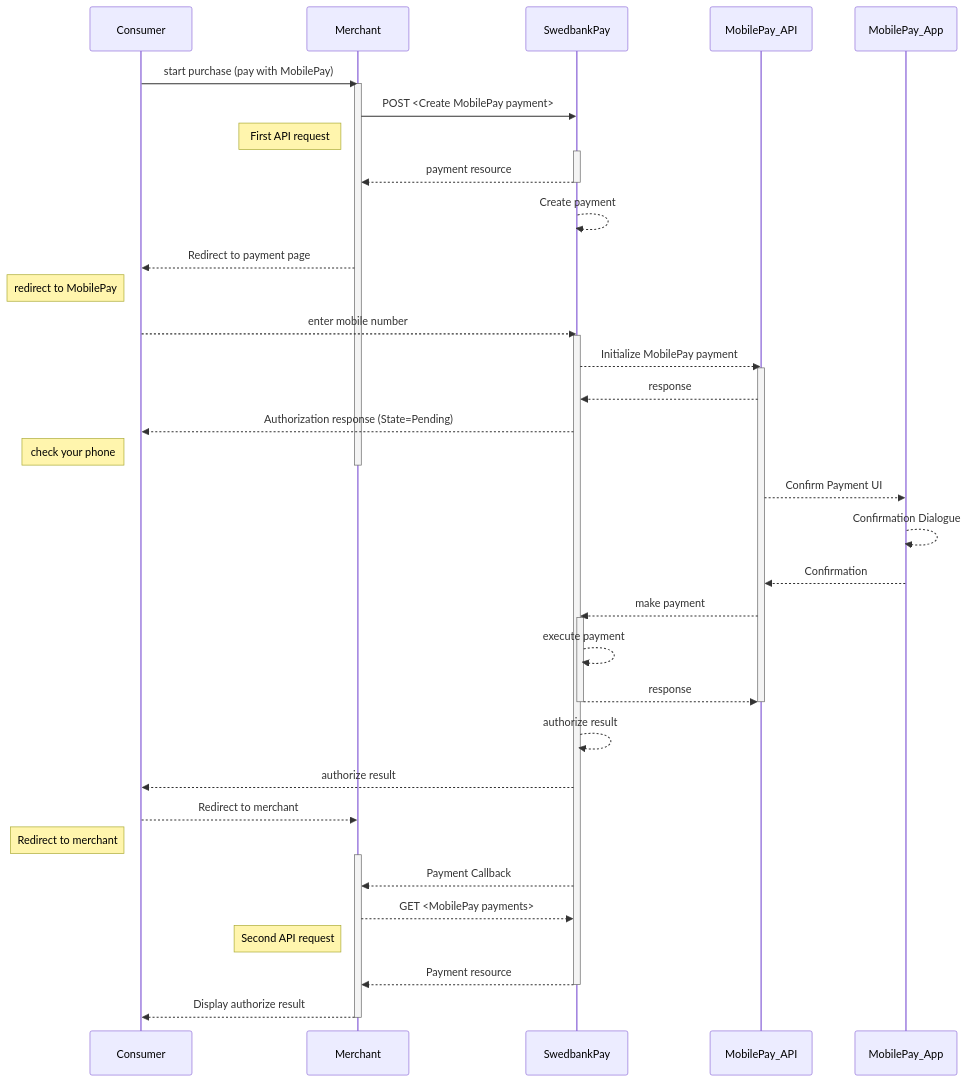
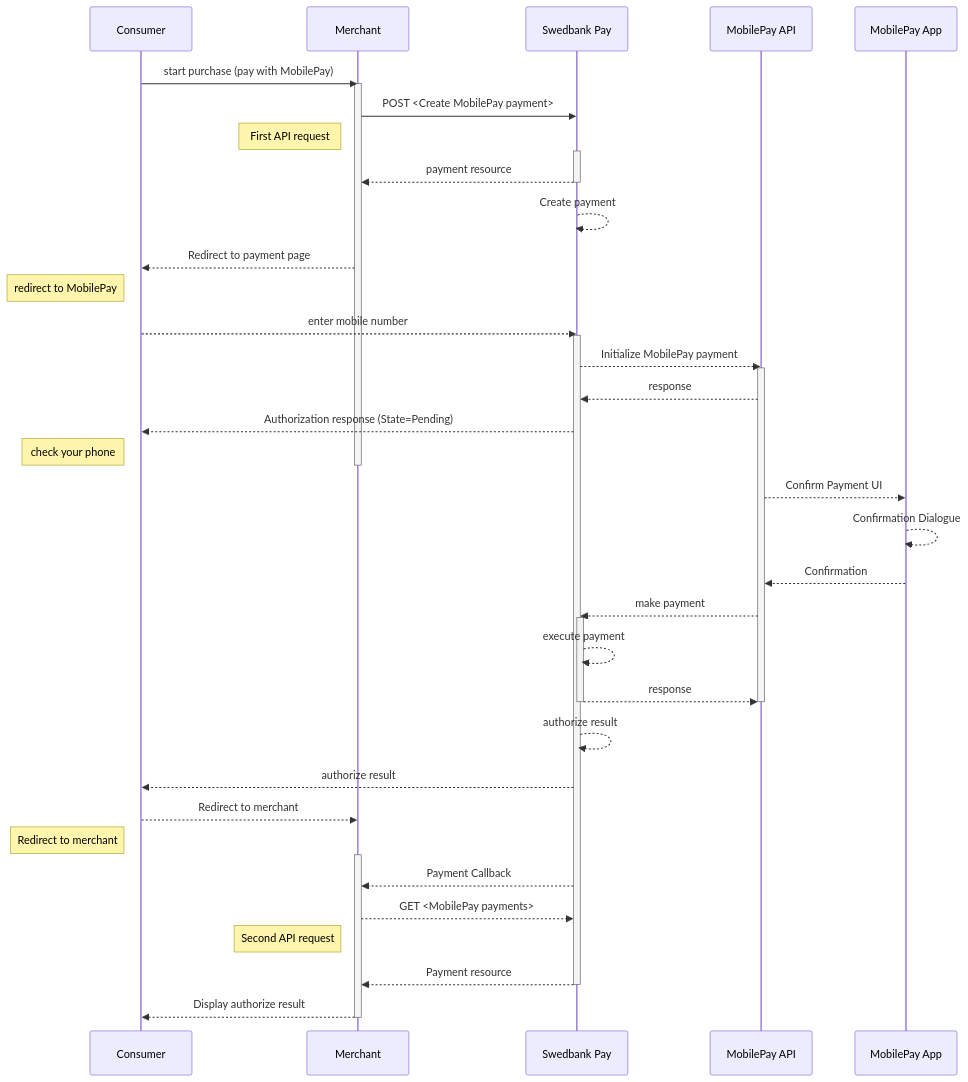
One commit to SwedbankPay/developer.swedbankpay.com changed the diagram in payments/mobile-pay/redirect.md. Above: the diagram before and after it, drawn with Mermaid. The commit also changed other lines of this file, not shown here.

Commit message:
dx-505 fixes after review

````diff
--- a/payments/mobile-pay/redirect.md
+++ b/payments/mobile-pay/redirect.md
@@ -72,45 +72,51 @@
 ```mermaid
 sequenceDiagram
+  participant Consumer
+  participant Merchant
+  participant SwedbankPay as Swedbank Pay
+  participant MobilePay_API as MobilePay API
+  participant MobilePay_App as MobilePay App
+
   Consumer->>Merchant: start purchase (pay with MobilePay)
   activate Merchant
 
   Merchant->>SwedbankPay: POST <Create MobilePay payment>
   note left of Merchant: First API request
   activate SwedbankPay
   SwedbankPay-->>Merchant: payment resource
   deactivate SwedbankPay
   SwedbankPay -->> SwedbankPay: Create payment
   Merchant-->>Consumer: Redirect to payment page
   note left of Consumer: redirect to MobilePay
   Consumer-->>SwedbankPay: enter mobile number
   activate SwedbankPay
 
   SwedbankPay-->>MobilePay_API: Initialize MobilePay payment
   activate MobilePay_API
   MobilePay_API-->>SwedbankPay: response
   SwedbankPay-->>Consumer: Authorization response (State=Pending)
   note left of Consumer: check your phone
   deactivate Merchant
 
   MobilePay_API-->>MobilePay_App: Confirm Payment UI
   MobilePay_App-->>MobilePay_App: Confirmation Dialogue
   MobilePay_App-->>MobilePay_API: Confirmation
   MobilePay_API-->>SwedbankPay: make payment
   activate SwedbankPay
   SwedbankPay-->>SwedbankPay: execute payment
   SwedbankPay-->>MobilePay_API: response
   deactivate SwedbankPay
   deactivate MobilePay_API
   SwedbankPay-->>SwedbankPay: authorize result
   SwedbankPay-->>Consumer: authorize result
   Consumer-->>Merchant: Redirect to merchant
   note left of Consumer: Redirect to merchant
   activate Merchant
   SwedbankPay-->>Merchant: Payment Callback
   Merchant-->>SwedbankPay: GET <MobilePay payments>
   note left of Merchant: Second API request
   SwedbankPay-->>Merchant: Payment resource
   deactivate SwedbankPay
   Merchant-->>Consumer: Display authorize result
   deactivate Merchant
 ```
````
